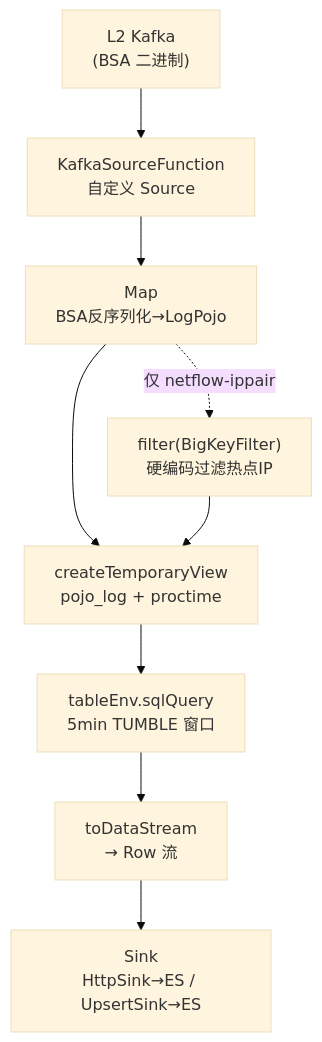
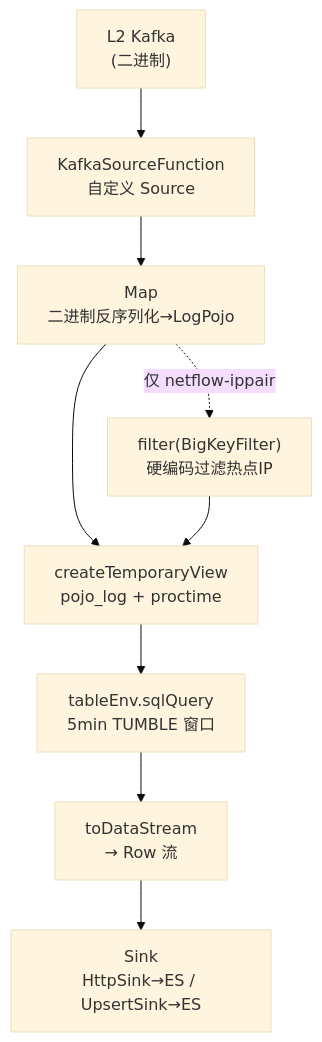
Before and after one commit to zhubaoxiang/wiki: the second of 3 diagrams in flink/flink-data-skew-analysis.md, drawn with Mermaid (base theme). The commit also changed other lines of this file and 1 other file, not shown here.

````diff
--- a/flink/flink-data-skew-analysis.md
+++ b/flink/flink-data-skew-analysis.md
@@ -70,12 +70,12 @@
 ```mermaid
 graph TB
-    A["L2 Kafka<br/>(BSA 二进制)"] --> B["KafkaSourceFunction<br/>自定义 Source"]
-    B --> C["Map<br/>BSA反序列化→LogPojo"]
+    A["L2 Kafka<br/>(二进制)"] --> B["KafkaSourceFunction<br/>自定义 Source"]
+    B --> C["Map<br/>二进制反序列化→LogPojo"]
     C --> D["createTemporaryView<br/>pojo_log + proctime"]
     D --> E["tableEnv.sqlQuery<br/>5min TUMBLE 窗口"]
     E --> F["toDataStream<br/>→ Row 流"]
     F --> G["Sink<br/>HttpSink→ES / UpsertSink→ES"]
 
     C -.->|仅 netflow-ippair| H["filter(BigKeyFilter)<br/>硬编码过滤热点IP"]
     H --> D
 ```
````
